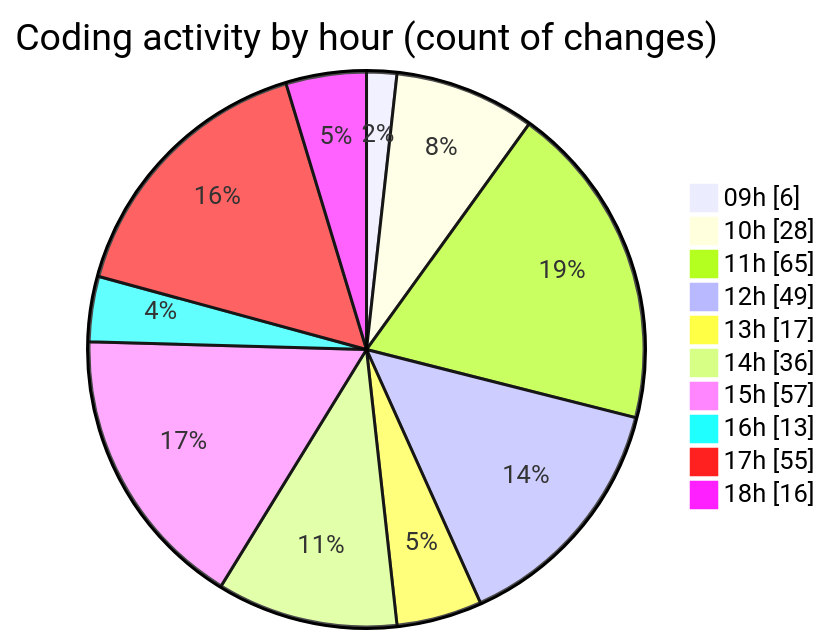
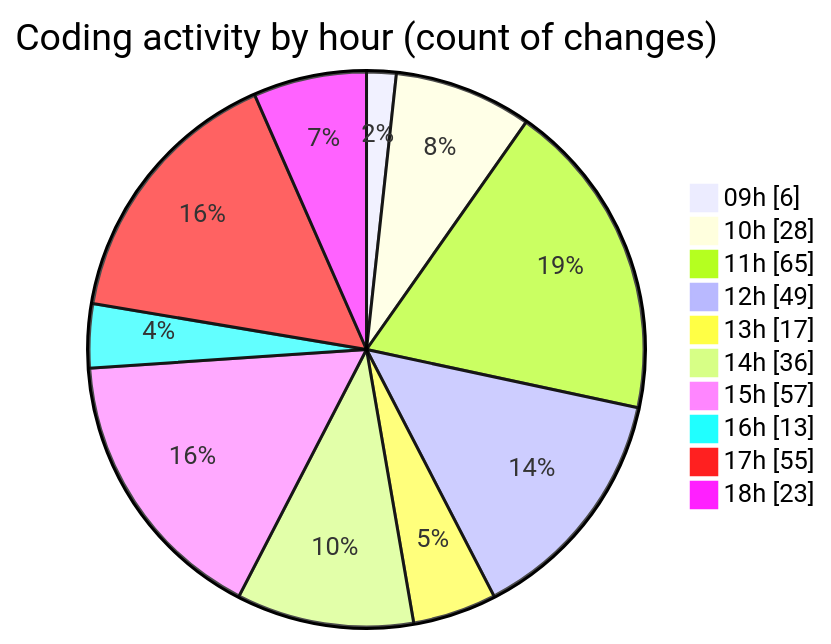
Before and after one commit to momahboobian/code-tracking: the second of 2 diagrams in 2025-03-27/cda/README.md, drawn with Mermaid. The commit also changed other lines of this file and 1 other file, not shown here.

````diff
--- a/2025-03-27/cda/README.md
+++ b/2025-03-27/cda/README.md
@@ -39,14 +39,14 @@
 ```mermaid
 pie showData
 title Coding activity by hour (count of changes)
 "09h" : 6
 "10h" : 28
 "11h" : 65
 "12h" : 49
 "13h" : 17
 "14h" : 36
 "15h" : 57
 "16h" : 13
 "17h" : 55
-"18h" : 16
+"18h" : 23
 ```
````
